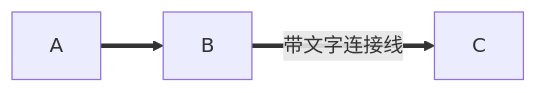
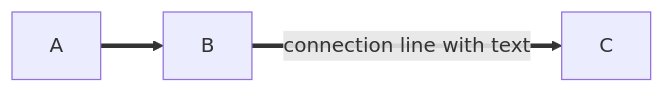
One commit to dcloudio/hbuilderx-extension-docs changed the sixth of 7 diagrams in en/Tutorial/Language/markdown.md. Above: the diagram before and after it, drawn with Mermaid. The commit also changed other lines of this file and 50 other files, not shown here.

````diff
--- a/en/Tutorial/Language/markdown.md
+++ b/en/Tutorial/Language/markdown.md
@@ -210,4 +210,4 @@
 ```mermaid
 graph LR
-    A ==> B == 带文字连接线 ==> C
+    A ==> B == connection line with text ==> C
 ```
````
